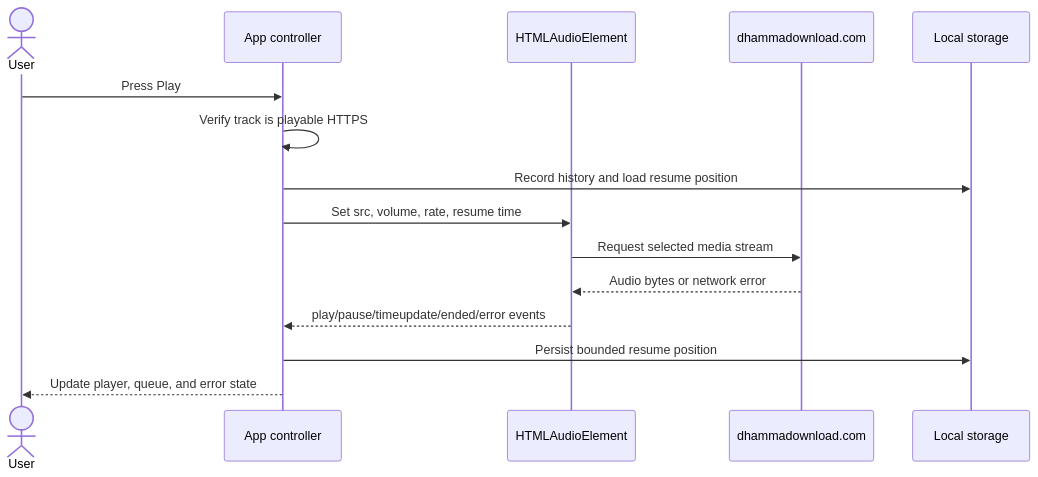
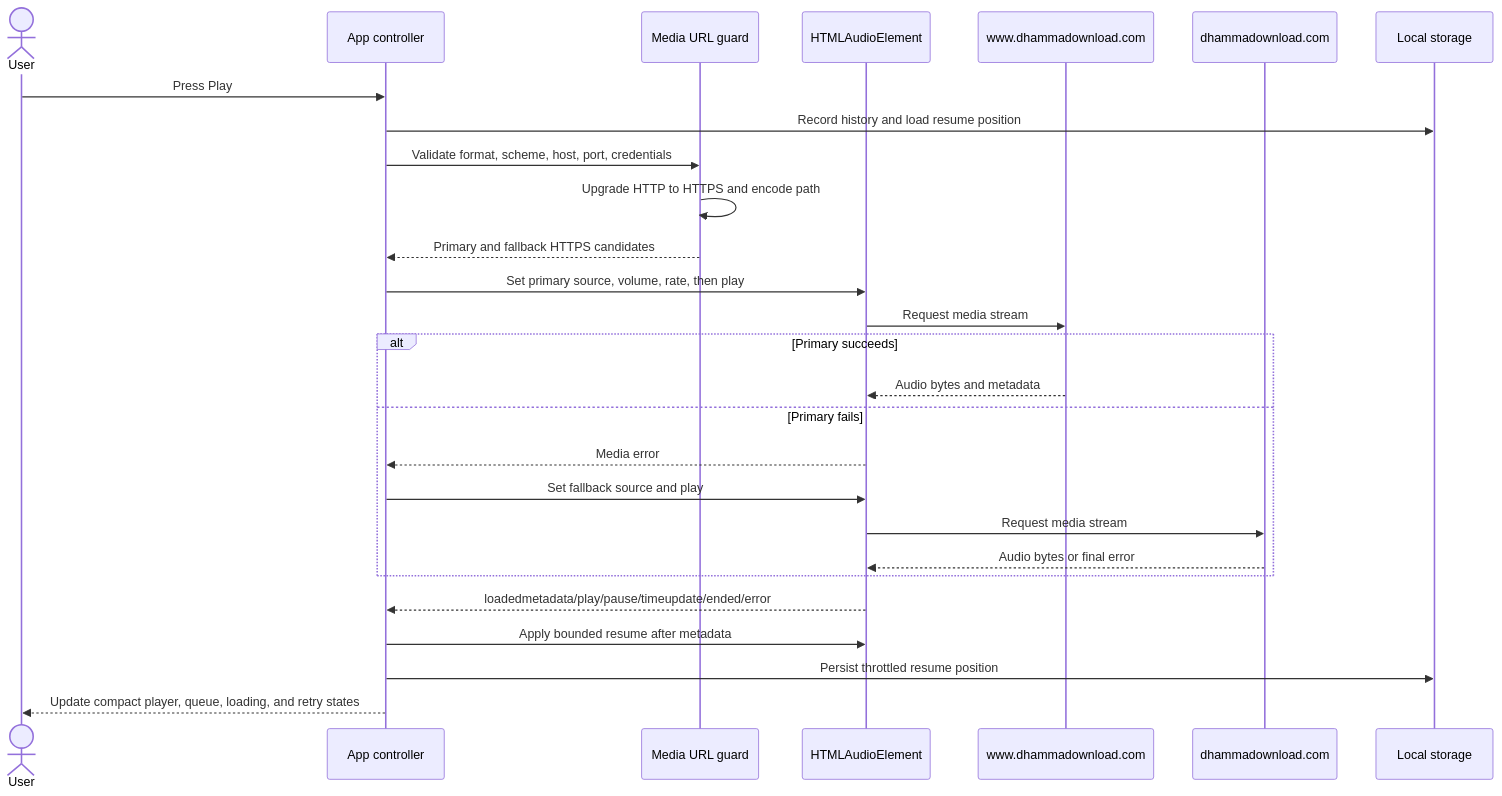
The second of 2 diagrams in docs/architecture/data-flow.md (AungMyoKyaw/dhamma-echo), drawn with Mermaid before and after one commit. The commit also changed other lines of this file and 22 other files, not shown here.

Commit message:
fix: make audio player reliable

````diff
--- a/docs/architecture/data-flow.md
+++ b/docs/architecture/data-flow.md
@@ -26,18 +27,30 @@
 ```mermaid
 sequenceDiagram
     actor User
     participant UI as App controller
+    participant Guard as Media URL guard
     participant Audio as HTMLAudioElement
-    participant Remote as dhammadownload.com
+    participant Primary as www.dhammadownload.com
+    participant Fallback as dhammadownload.com
     participant Local as Local storage
 
     User->>UI: Press Play
-    UI->>UI: Verify track is playable HTTPS
     UI->>Local: Record history and load resume position
-    UI->>Audio: Set src, volume, rate, resume time
-    Audio->>Remote: Request selected media stream
-    Remote-->>Audio: Audio bytes or network error
-    Audio-->>UI: play/pause/timeupdate/ended/error events
-    UI->>Local: Persist bounded resume position
-    UI-->>User: Update player, queue, and error state
+    UI->>Guard: Validate format, scheme, host, port, credentials
+    Guard->>Guard: Upgrade HTTP to HTTPS and encode path
+    Guard-->>UI: Primary and fallback HTTPS candidates
+    UI->>Audio: Set primary source, volume, rate, then play
+    Audio->>Primary: Request media stream
+    alt Primary succeeds
+        Primary-->>Audio: Audio bytes and metadata
+    else Primary fails
+        Audio-->>UI: Media error
+        UI->>Audio: Set fallback source and play
+        Audio->>Fallback: Request media stream
+        Fallback-->>Audio: Audio bytes or final error
+    end
+    Audio-->>UI: loadedmetadata/play/pause/timeupdate/ended/error
+    UI->>Audio: Apply bounded resume after metadata
+    UI->>Local: Persist throttled resume position
+    UI-->>User: Update compact player, queue, loading, and retry states
 ```
````
